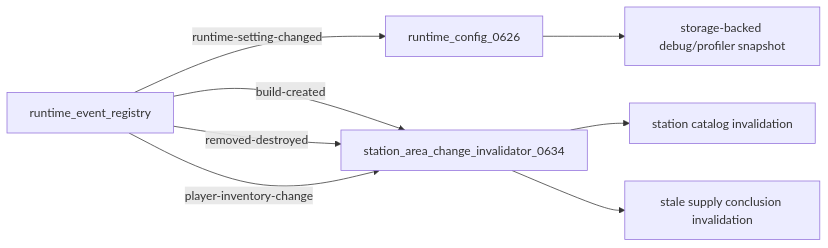
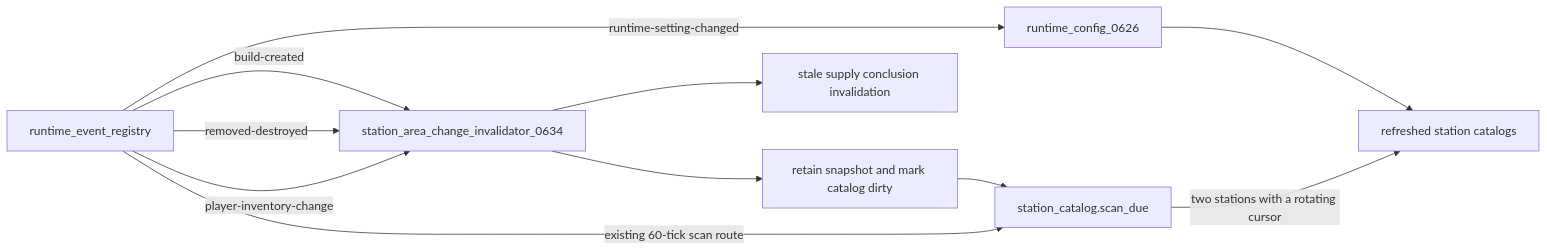
Before and after one commit to mrcalzon02/Tech-Priests: diagram 16 of 22 in docs/RECOVERY_AUTHORITY_MAP_CURRENT.md, drawn with Mermaid. The commit also changed other lines of this file and 22 other files, not shown here.

````diff
--- a/docs/RECOVERY_AUTHORITY_MAP_CURRENT.md
+++ b/docs/RECOVERY_AUTHORITY_MAP_CURRENT.md
@@ -389,10 +409,13 @@
 ```mermaid
 flowchart LR
     Registry[runtime_event_registry] -->|runtime-setting-changed| Config[runtime_config_0626]
     Config --> Snapshot[storage-backed debug/profiler snapshot]
     Registry -->|build-created| Area[station_area_change_invalidator_0634]
     Registry -->|removed-destroyed| Area
     Registry -->|player-inventory-change| Area
-    Area --> Catalog[station catalog invalidation]
+    Area --> Dirty[retain snapshot and mark catalog dirty]
+    Dirty --> Catalog[station_catalog.scan_due]
+    Registry -->|existing 60-tick scan route| Catalog
+    Catalog -->|two stations with a rotating cursor| Snapshot[refreshed station catalogs]
     Area --> Supply[stale supply conclusion invalidation]
 ```
````
